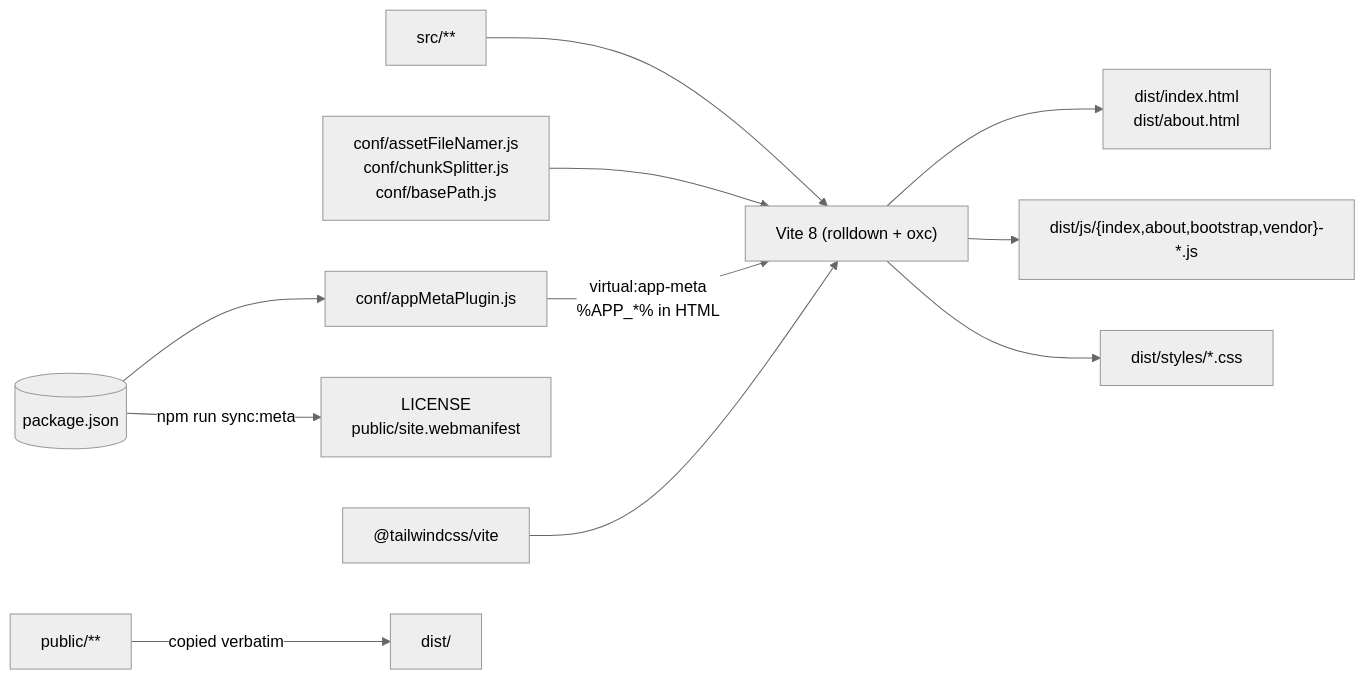
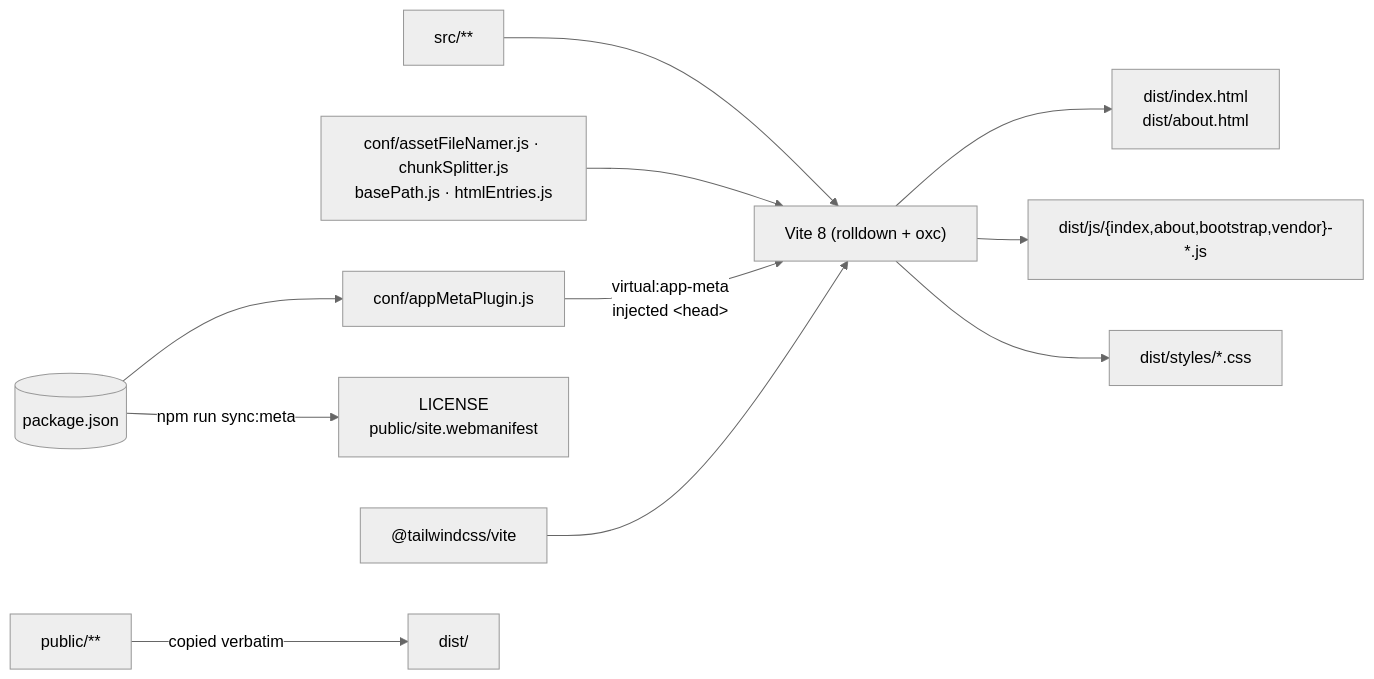
The second of 2 diagrams in docs/architecture.md (eternalvision/vanilla-vite-template), drawn with Mermaid (neutral theme) before and after one commit. The commit also changed other lines of this file and 32 other files, not shown here.

````diff
--- a/docs/architecture.md
+++ b/docs/architecture.md
@@ -59,13 +56,13 @@
 ```mermaid
 graph LR
     Src["src/**"] --> Vite["Vite 8 (rolldown + oxc)"]
-    Conf["conf/assetFileNamer.js<br/>conf/chunkSplitter.js<br/>conf/basePath.js"] --> Vite
+    Conf["conf/assetFileNamer.js · chunkSplitter.js<br/>basePath.js · htmlEntries.js"] --> Vite
     Pkg[("package.json")] --> Meta["conf/appMetaPlugin.js"]
-    Meta -->|"virtual:app-meta<br/>%APP_*% in HTML"| Vite
+    Meta -->|"virtual:app-meta<br/>injected &lt;head&gt;"| Vite
     Pkg -->|"npm run sync:meta"| Static["LICENSE<br/>public/site.webmanifest"]
     TW["@tailwindcss/vite"] --> Vite
     Vite --> Pages["dist/index.html<br/>dist/about.html"]
     Vite --> JS["dist/js/{index,about,bootstrap,vendor}-*.js"]
     Vite --> CSS["dist/styles/*.css"]
     Public["public/**"] -->|"copied verbatim"| Dist["dist/"]
 ```
````
